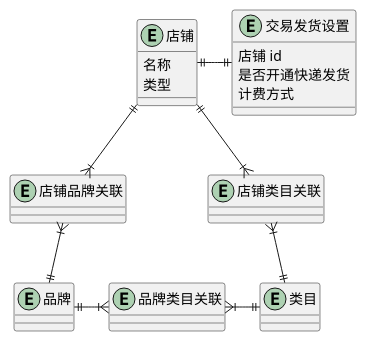
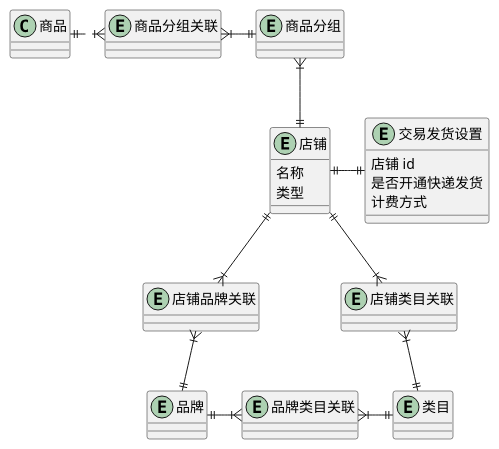
The diagram in 店铺.wsd (awesomecat2020/mock-mall), drawn with PlantUML before and after one commit. The commit also changed 1 other file, not shown here.

```diff
--- a/店铺.wsd
+++ b/店铺.wsd
@@ -1,39 +1,52 @@
 @startuml 店铺UML
 
 entity 店铺 {
     名称
     ' 旗舰店、专卖店、专营店、自营店
     类型
 }
 entity 品牌 {
 
 }
 entity 店铺品牌关联 {
 
 }
 entity 类目 {
 
 }
 entity 店铺类目关联 {
 
 }
 entity 品牌类目关联 {
 
 }
 entity 交易发货设置 {
     店铺 id
     是否开通快递发货
     ' 0-按商品累加运费
     ' 1-组合运费（推荐使用）
     计费方式
 }
 
 店铺 ||--|{ 店铺品牌关联
 店铺品牌关联 }|--|| 品牌
 店铺 ||--|{ 店铺类目关联
 店铺类目关联 }|--|| 类目
 品牌 ||-|{ 品牌类目关联
 品牌类目关联 }|-|| 类目
 店铺 ||-|| 交易发货设置
 
+
+' ==================== 分组 ====================
+entity 商品分组 {
+
+}
+entity 商品分组关联 {
+
+}
+
+店铺 ||-u-|{ 商品分组
+商品分组关联 }|-|| 商品分组
+商品 ||.|{ 商品分组关联
+
 @enduml
```
